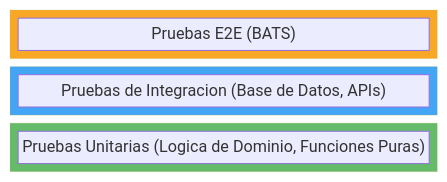
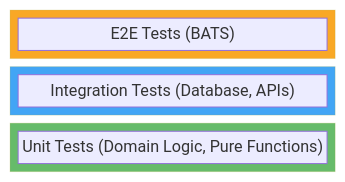
The diagram in docs-site/i18n/es/docusaurus-plugin-content-docs/current/for-internal-developers/testing-strategy.md (GaloyMoney/lana-bank), drawn with Mermaid before and after one commit. The commit also changed other lines of this file and 76 other files, not shown here.

````diff
--- a/docs-site/i18n/es/docusaurus-plugin-content-docs/current/for-internal-developers/testing-strategy.md
+++ b/docs-site/i18n/es/docusaurus-plugin-content-docs/current/for-internal-developers/testing-strategy.md
@@ -13,17 +13,17 @@
 ```mermaid
 block-beta
     columns 1
     block:E2E
-        e2e["Pruebas E2E (BATS)"]
+        e2e["E2E Tests (BATS)"]
     end
     block:INT
-        int["Pruebas de Integracion (Base de Datos, APIs)"]
+        int["Integration Tests (Database, APIs)"]
     end
     block:UNIT
-        unit["Pruebas Unitarias (Logica de Dominio, Funciones Puras)"]
+        unit["Unit Tests (Domain Logic, Pure Functions)"]
     end
 
     style E2E fill:#f9a825,color:#000
     style INT fill:#42a5f5,color:#000
     style UNIT fill:#66bb6a,color:#000
 ```
````
